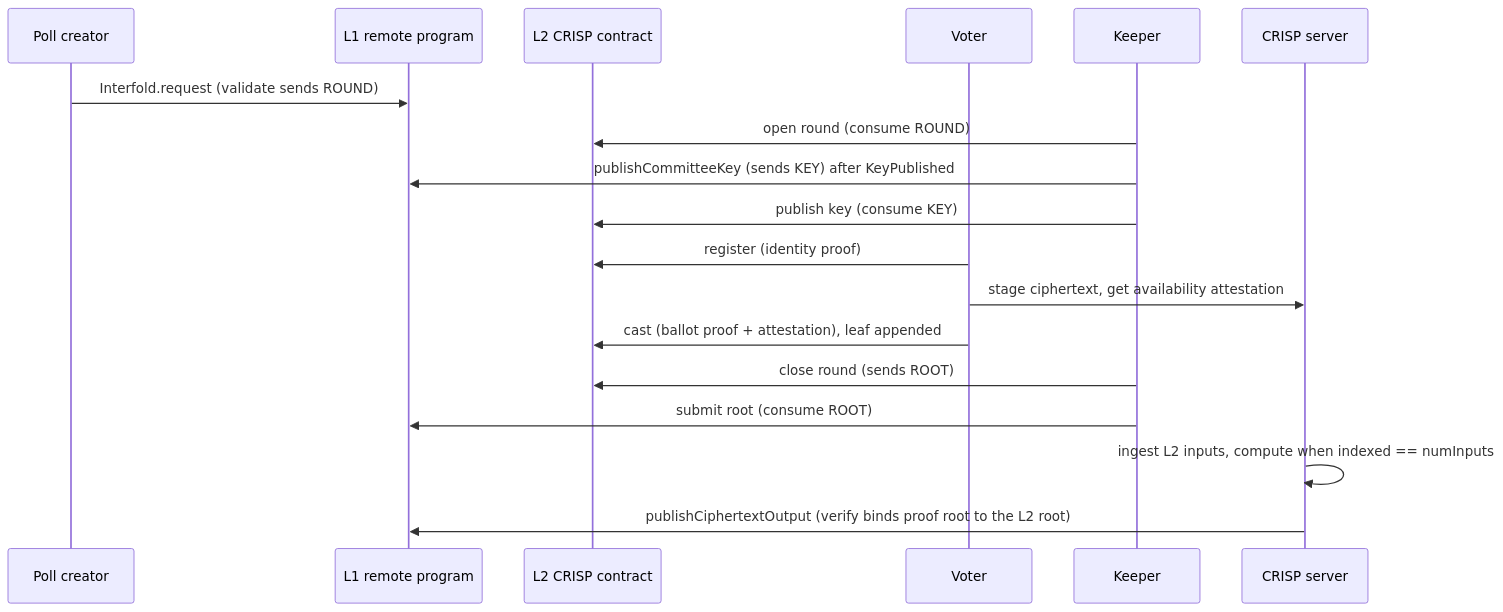
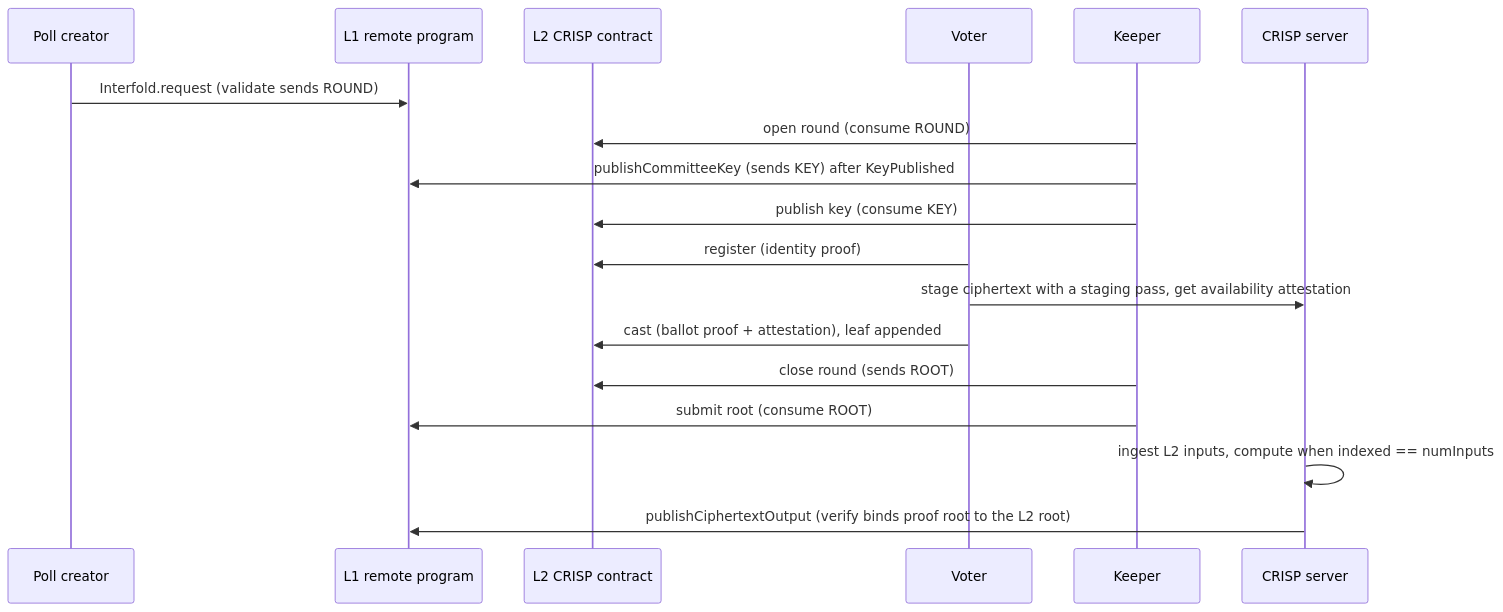
The diagram in extensions/README.md (theinterfold/CRISP), drawn with Mermaid before and after one commit. The commit also changed other lines of this file and 62 other files, not shown here.

````diff
--- a/extensions/README.md
+++ b/extensions/README.md
@@ -8,20 +8,20 @@
 ```mermaid
 sequenceDiagram
     participant C as Poll creator
     participant L1 as L1 remote program
     participant L2 as L2 CRISP contract
     participant V as Voter
     participant K as Keeper
     participant S as CRISP server
     C->>L1: Interfold.request (validate sends ROUND)
     K->>L2: open round (consume ROUND)
     K->>L1: publishCommitteeKey (sends KEY) after KeyPublished
     K->>L2: publish key (consume KEY)
     V->>L2: register (identity proof)
-    V->>S: stage ciphertext, get availability attestation
+    V->>S: stage ciphertext with a staging pass, get availability attestation
     V->>L2: cast (ballot proof + attestation), leaf appended
     K->>L2: close round (sends ROOT)
     K->>L1: submit root (consume ROOT)
     S->>S: ingest L2 inputs, compute when indexed == numInputs
     S->>L1: publishCiphertextOutput (verify binds proof root to the L2 root)
 ```
````
